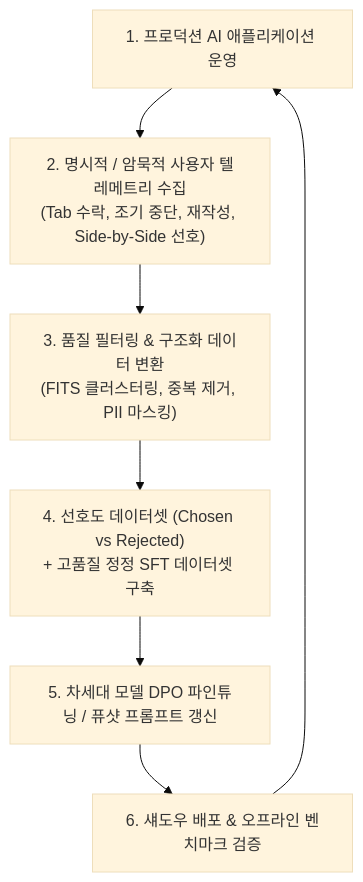
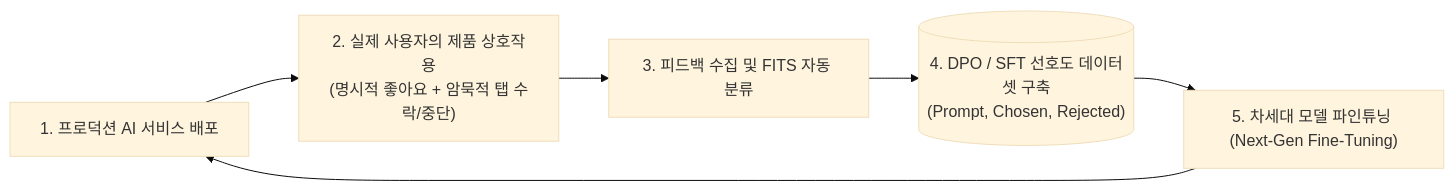
One commit to sing-u8/AI-Engineering changed the first of 2 diagrams in chapter-qa/ch10-architecture-and-feedback-qa/03-user-feedback-flywheel-and-ui-mechanisms.md. Above: the diagram before and after it, drawn with Mermaid (base theme). The commit also changed other lines of this file and 25 other files, not shown here.

````diff
--- a/chapter-qa/ch10-architecture-and-feedback-qa/03-user-feedback-flywheel-and-ui-mechanisms.md
+++ b/chapter-qa/ch10-architecture-and-feedback-qa/03-user-feedback-flywheel-and-ui-mechanisms.md
@@ -97,11 +40,8 @@
 ```mermaid
-flowchart TD
-    App["1. 프로덕션 AI 애플리케이션 운영"] --> Telemetry["2. 명시적 / 암묵적 사용자 텔레메트리 수집\n(Tab 수락, 조기 중단, 재작성, Side-by-Side 선호)"]
-    Telemetry --> Filter["3. 품질 필터링 & 구조화 데이터 변환\n(FITS 클러스터링, 중복 제거, PII 마스킹)"]
-    
-    Filter --> DPO_Set["4. 선호도 데이터셋 (Chosen vs Rejected)\n+ 고품질 정정 SFT 데이터셋 구축"]
-    
-    DPO_Set --> Retrain["5. 차세대 모델 DPO 파인튜닝 / 퓨샷 프롬프트 갱신"]
-    Retrain --> Shadow["6. 섀도우 배포 & 오프라인 벤치마크 검증"]
-    Shadow --> App
+flowchart LR
+    Deploy["1. 프로덕션 AI 서비스 배포"] --> UserAct["2. 실제 사용자의 제품 상호작용\n(명시적 좋아요 + 암묵적 탭 수락/중단)"]
+    UserAct --> Collect["3. 피드백 수집 및 FITS 자동 분류"]
+    Collect --> PrefData[("4. DPO / SFT 선호도 데이터셋 구축\n(Prompt, Chosen, Rejected)")]
+    PrefData --> ReTrain["5. 차세대 모델 파인튜닝 (Next-Gen Fine-Tuning)"]
+    ReTrain --> Deploy
 ```
````
